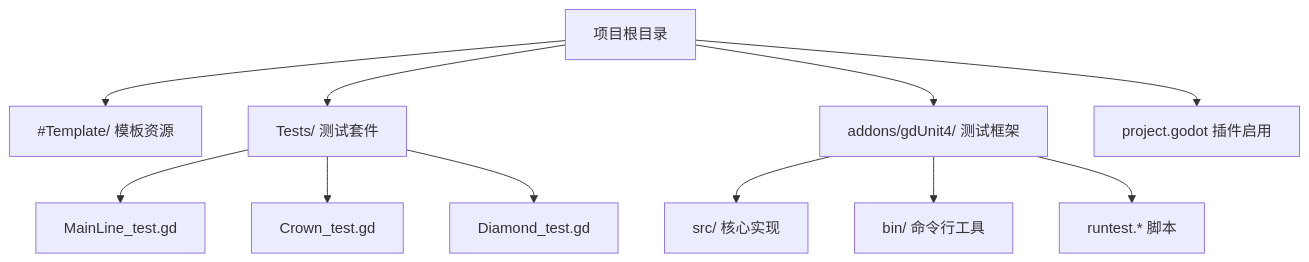
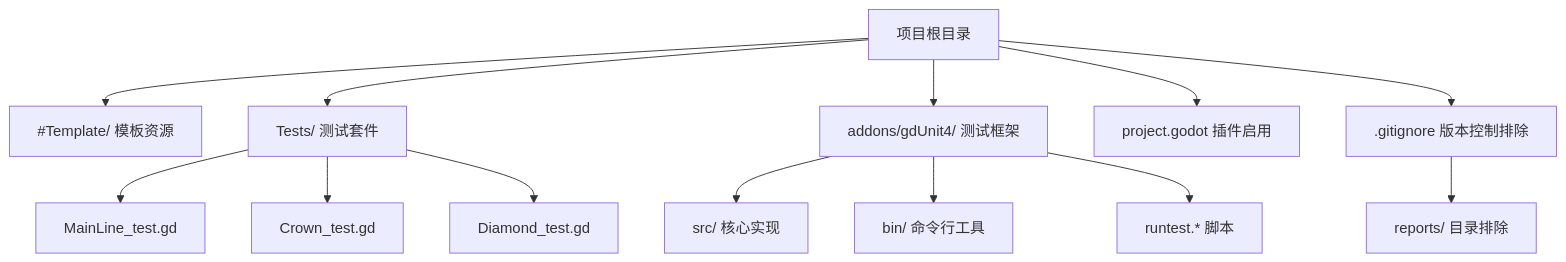
One commit to godotline/godot-line changed the first of 5 diagrams in .qoder/repowiki/zh/content/测试框架.md. Above: the diagram before and after it, drawn with Mermaid. The commit also changed other lines of this file and 18 other files, not shown here.

````diff
--- a/.qoder/repowiki/zh/content/测试框架.md
+++ b/.qoder/repowiki/zh/content/测试框架.md
@@ -41,13 +59,15 @@
 ```mermaid
 graph TB
 A["项目根目录"] --> B["#Template/ 模板资源"]
 A --> C["Tests/ 测试套件"]
 A --> D["addons/gdUnit4/ 测试框架"]
 A --> E["project.godot 插件启用"]
+A --> F[".gitignore 版本控制排除"]
 D --> D1["src/ 核心实现"]
 D --> D2["bin/ 命令行工具"]
 D --> D3["runtest.* 脚本"]
 C --> C1["MainLine_test.gd"]
 C --> C2["Crown_test.gd"]
 C --> C3["Diamond_test.gd"]
+F --> F1["reports/ 目录排除"]
 ```
````
